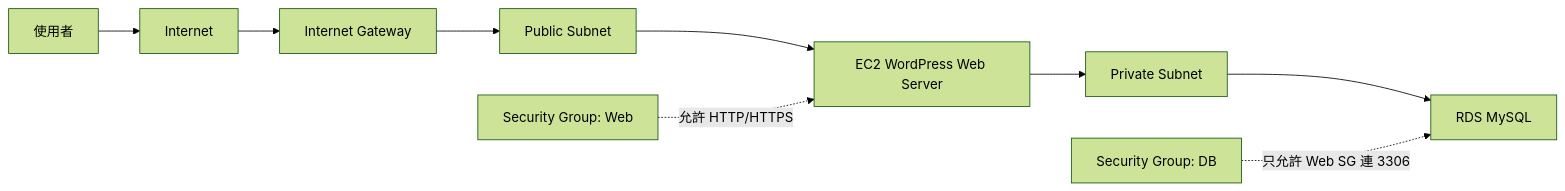
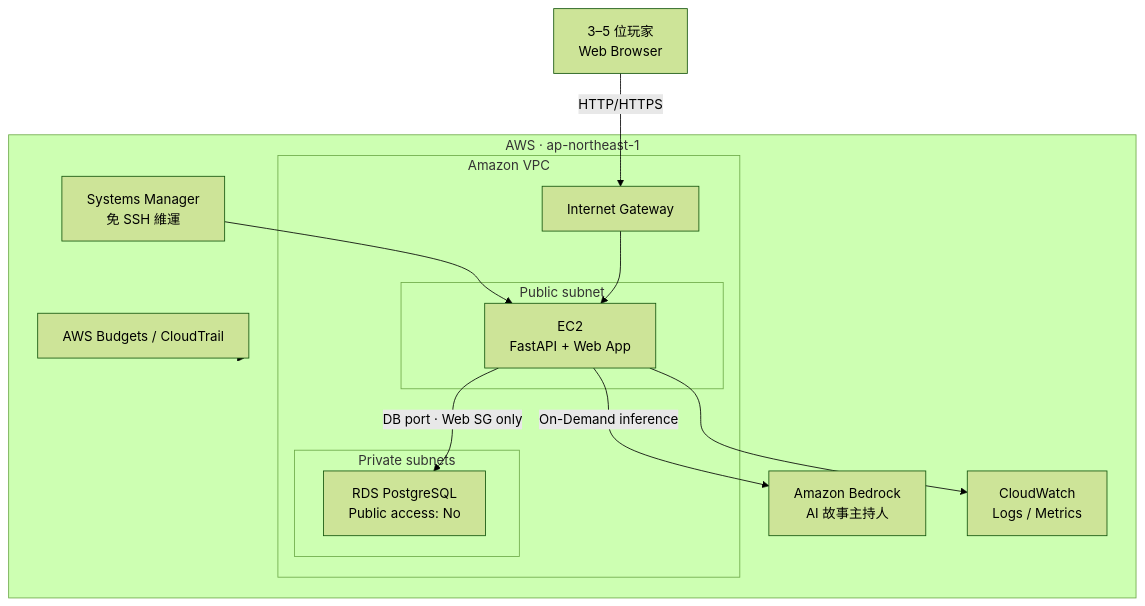
One commit to ChaoMing0815/AWS-cloud-lab changed the first of 7 diagrams in docs/architecture/README.md. Above: the diagram before and after it, drawn with Mermaid (forest theme). The commit also changed other lines of this file and 11 other files, not shown here.

Commit message:
docs(plan): align roadmap across tiers 0 through 5

````diff
--- a/docs/architecture/README.md
+++ b/docs/architecture/README.md
@@ -14,12 +7,25 @@
 ```mermaid
-flowchart LR
-    User["使用者"] --> Internet["Internet"]
-    Internet --> IGW["Internet Gateway"]
-    IGW --> PublicSubnet["Public Subnet"]
-    PublicSubnet --> WebEC2["EC2 WordPress Web Server"]
-    WebEC2 --> PrivateSubnet["Private Subnet"]
-    PrivateSubnet --> RDS["RDS MySQL"]
-
-    WebSG["Security Group: Web"] -.允許 HTTP/HTTPS.-> WebEC2
-    DBSG["Security Group: DB"] -.只允許 Web SG 連 3306.-> RDS
+flowchart TB
+    P["3–5 位玩家<br/>Web Browser"]
+    subgraph AWS["AWS · ap-northeast-1"]
+        B["AWS Budgets / CloudTrail"]
+        BR["Amazon Bedrock<br/>AI 故事主持人"]
+        CW["CloudWatch<br/>Logs / Metrics"]
+        SSM["Systems Manager<br/>免 SSH 維運"]
+        subgraph VPC["Amazon VPC"]
+            IGW["Internet Gateway"]
+            subgraph PUB["Public subnet"]
+                WEB["EC2<br/>FastAPI + Web App"]
+            end
+            subgraph PRI["Private subnets"]
+                DB["RDS PostgreSQL<br/>Public access: No"]
+            end
+        end
+    end
+    P -->|"HTTP/HTTPS"| IGW --> WEB
+    WEB -->|"DB port · Web SG only"| DB
+    WEB -->|"On-Demand inference"| BR
+    WEB --> CW
+    SSM --> WEB
+    B -.-> AWS
 ```
````
